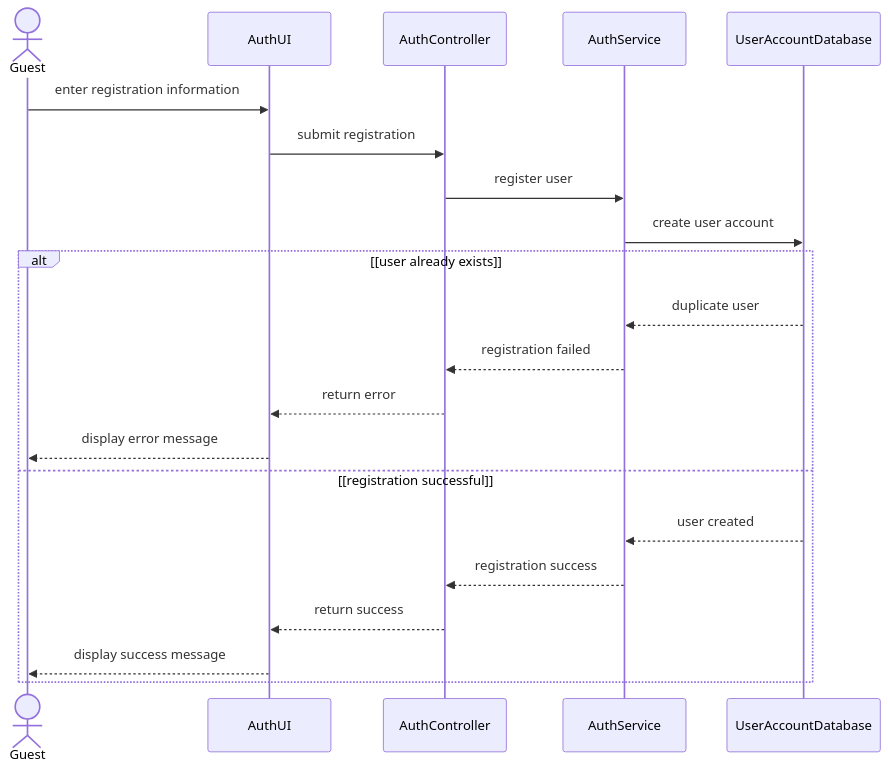
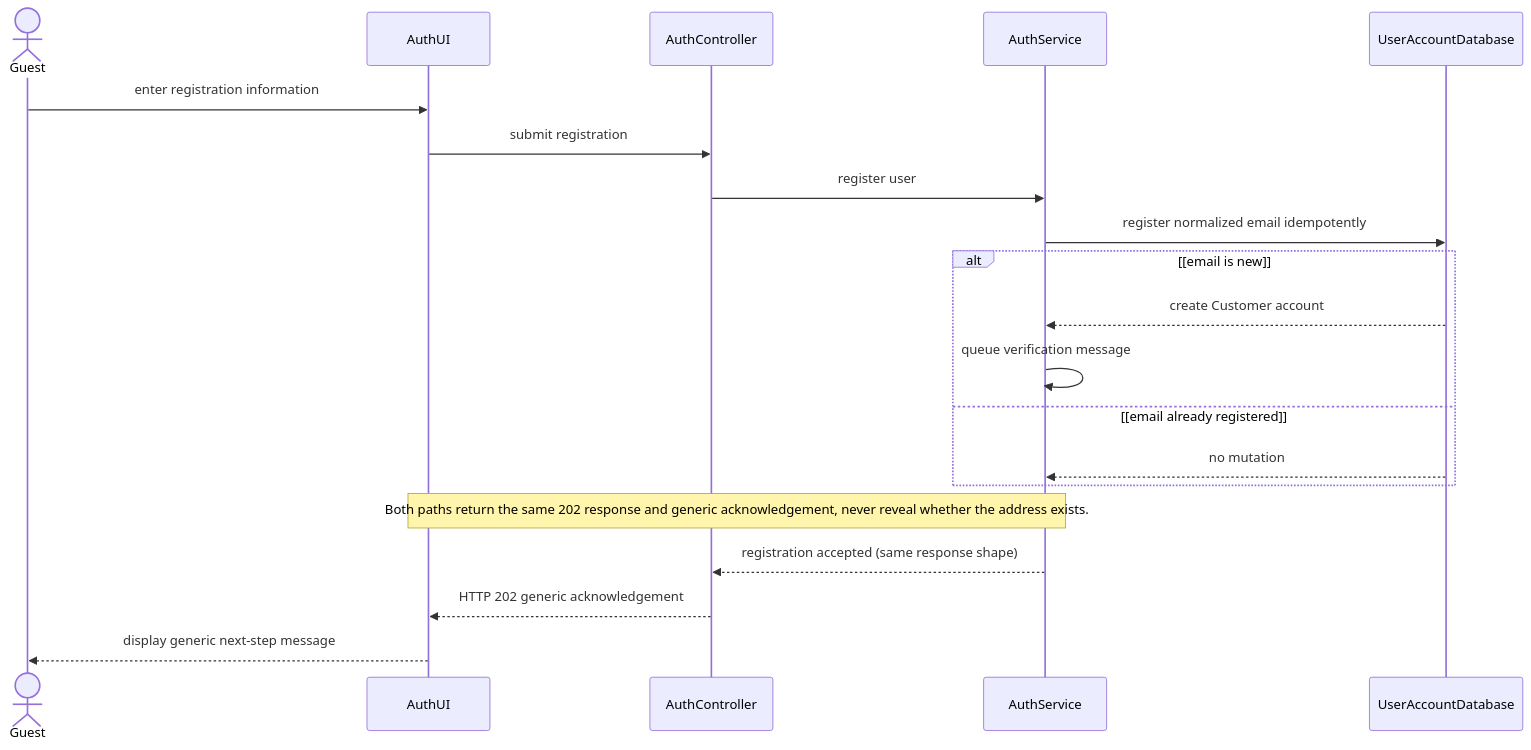
Before and after one commit to ankhanhwork/weavelink-project: the second of 3 diagrams in docs/spec/specs/spec-MFG-01.md, drawn with Mermaid. The commit also changed other lines of this file and 235 other files, not shown here.

````diff
--- a/docs/spec/specs/spec-MFG-01.md
+++ b/docs/spec/specs/spec-MFG-01.md
@@ -93,24 +102,23 @@
 ```mermaid
 sequenceDiagram
     actor Guest
     participant AuthUI
     participant AuthController
     participant AuthService
     participant UserAccountDatabase
 
     Guest->>AuthUI: enter registration information
     AuthUI->>AuthController: submit registration
     AuthController->>AuthService: register user
-    AuthService->>UserAccountDatabase: create user account
-    alt [user already exists]
-        UserAccountDatabase-->>AuthService: duplicate user
-        AuthService-->>AuthController: registration failed
-        AuthController-->>AuthUI: return error
-        AuthUI-->>Guest: display error message
-    else [registration successful]
-        UserAccountDatabase-->>AuthService: user created
-        AuthService-->>AuthController: registration success
-        AuthController-->>AuthUI: return success
-        AuthUI-->>Guest: display success message
+    AuthService->>UserAccountDatabase: register normalized email idempotently
+    alt [email is new]
+        UserAccountDatabase-->>AuthService: create Customer account
+        AuthService->>AuthService: queue verification message
+    else [email already registered]
+        UserAccountDatabase-->>AuthService: no mutation
     end
+    Note over AuthService,AuthUI: Both paths return the same 202 response and generic acknowledgement, never reveal whether the address exists.
+    AuthService-->>AuthController: registration accepted (same response shape)
+    AuthController-->>AuthUI: HTTP 202 generic acknowledgement
+    AuthUI-->>Guest: display generic next-step message
 ```
````
